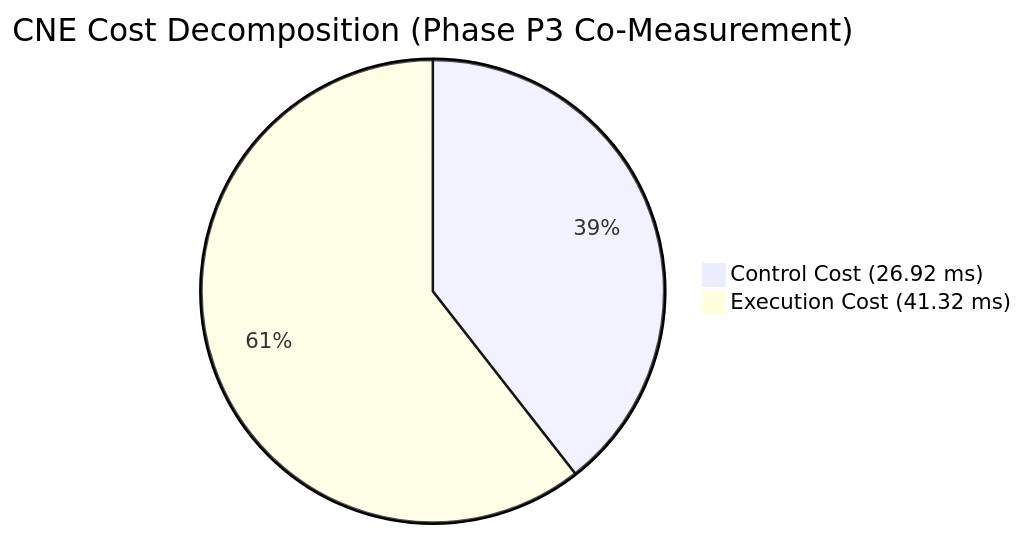
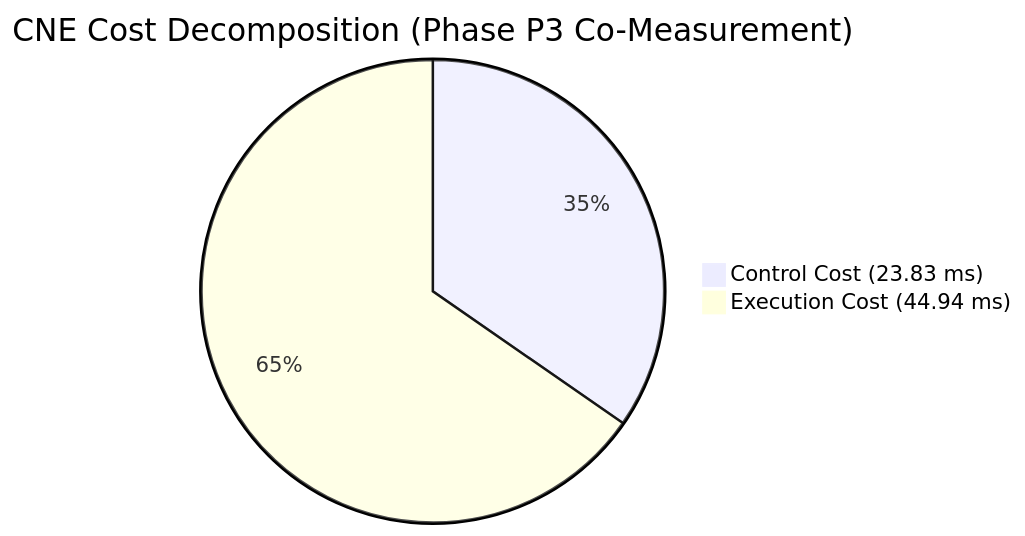
Before and after one commit to PrivateAccount-01/CNE: the first of 2 diagrams in docs/BENCHMARK_REPORT.md, drawn with Mermaid. The commit also changed other lines of this file and 17 other files, not shown here.

````diff
--- a/docs/BENCHMARK_REPORT.md
+++ b/docs/BENCHMARK_REPORT.md
@@ -33,5 +33,5 @@
 ```mermaid
 pie title CNE Cost Decomposition (Phase P3 Co-Measurement)
-    "Control Cost (26.92 ms)" : 26.92
-    "Execution Cost (41.32 ms)" : 41.32
+    "Control Cost (23.83 ms)" : 23.83
+    "Execution Cost (44.94 ms)" : 44.94
 ```
````
